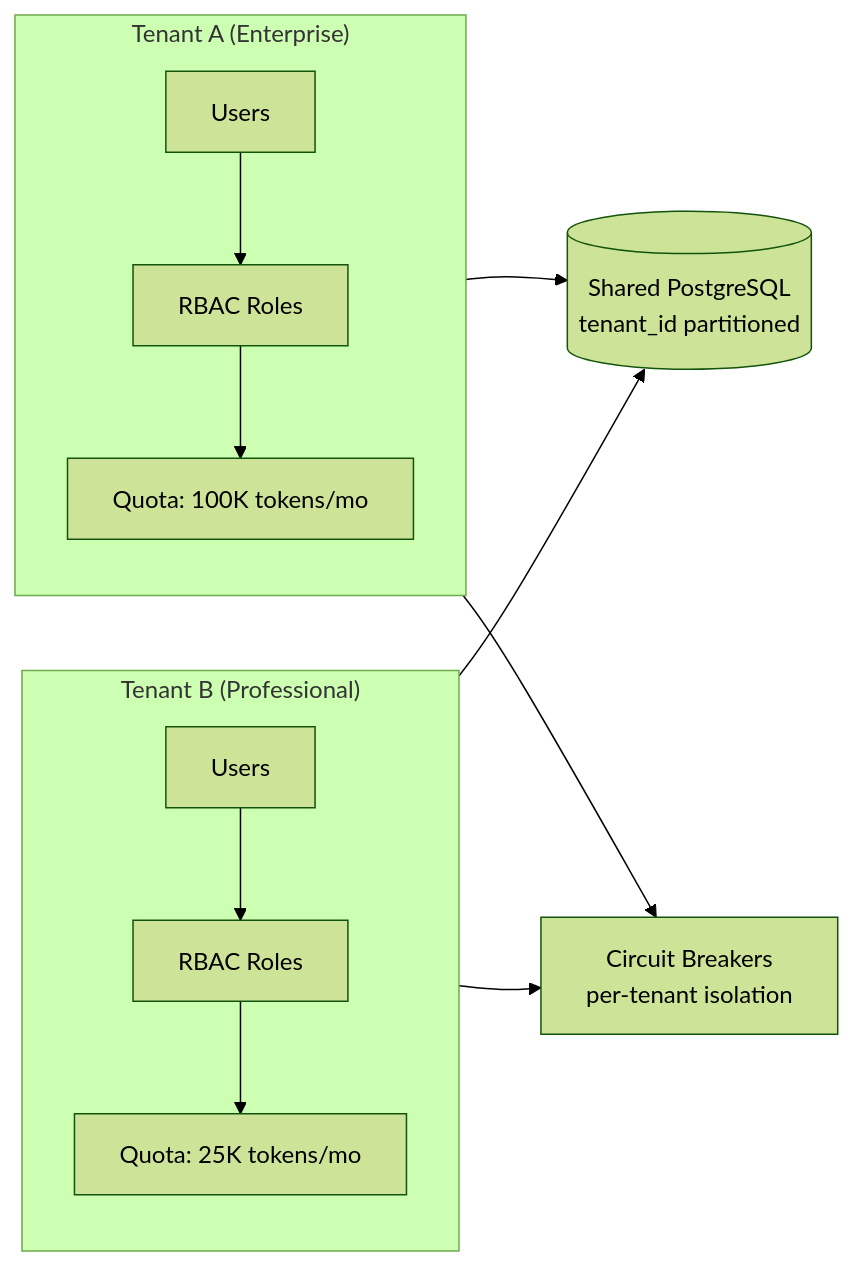
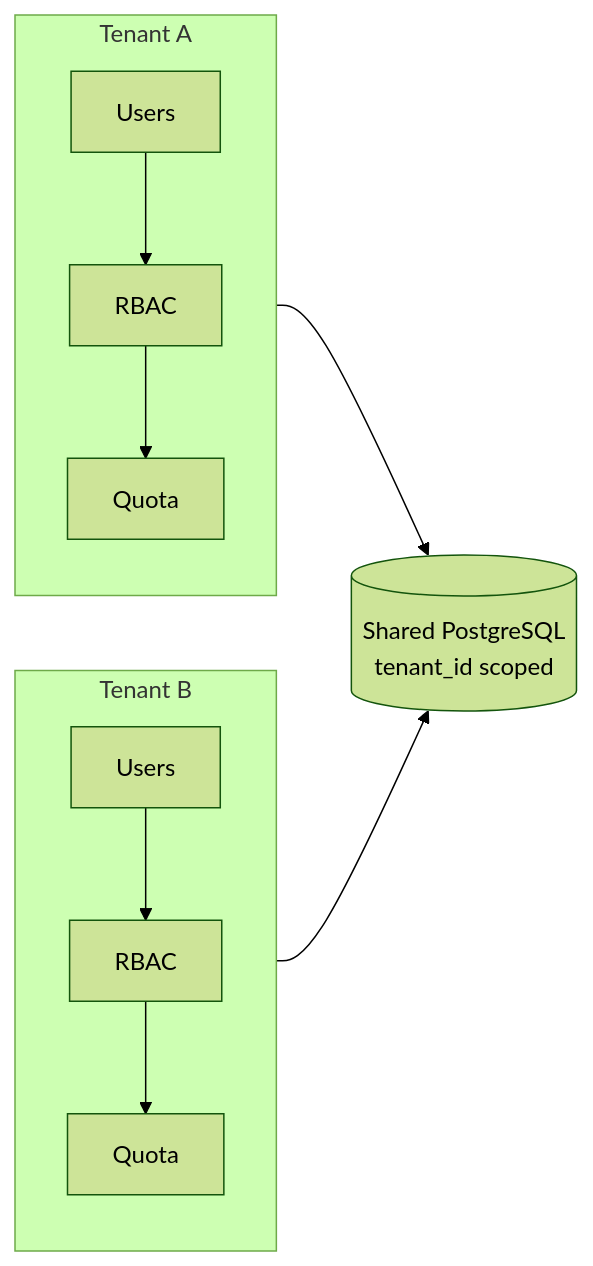
One commit to sanjayrkshetty/presales-hub changed the third of 3 diagrams in docs/architecture/system-overview.md. Above: the diagram before and after it, drawn with Mermaid (forest theme). The commit also changed other lines of this file and 7 other files, not shown here.

First line of the commit message:
docs: align architecture with G1 draft graph and Post-G1 reality

````diff
--- a/docs/architecture/system-overview.md
+++ b/docs/architecture/system-overview.md
@@ -95,16 +95,14 @@
 ```mermaid
 graph LR
-    subgraph T1["Tenant A (Enterprise)"]
-        U1[Users] --> R1[RBAC Roles]
-        R1 --> Q1[Quota: 100K tokens/mo]
+    subgraph T1["Tenant A"]
+        U1[Users] --> R1[RBAC]
+        R1 --> Q1[Quota]
     end
-    subgraph T2["Tenant B (Professional)"]
-        U2[Users] --> R2[RBAC Roles]
-        R2 --> Q2[Quota: 25K tokens/mo]
+    subgraph T2["Tenant B"]
+        U2[Users] --> R2[RBAC]
+        R2 --> Q2[Quota]
     end
 
-    T1 --> PG[(Shared PostgreSQL<br/>tenant_id partitioned)]
+    T1 --> PG[(Shared PostgreSQL<br/>tenant_id scoped)]
     T2 --> PG
-    T1 --> CB[Circuit Breakers<br/>per-tenant isolation]
-    T2 --> CB
 ```
````
